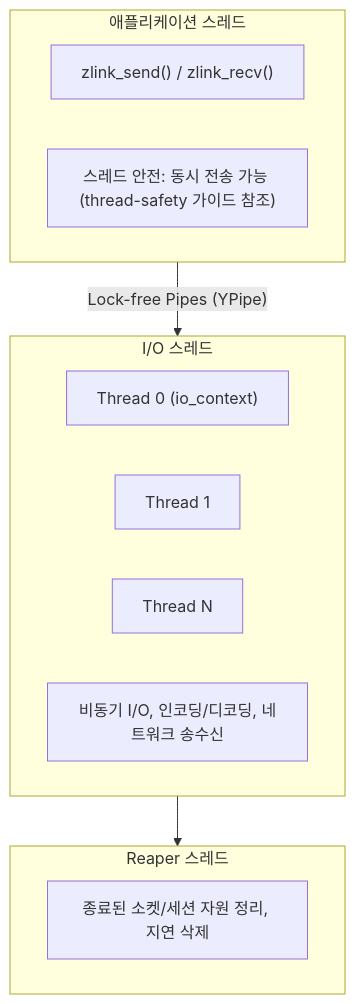
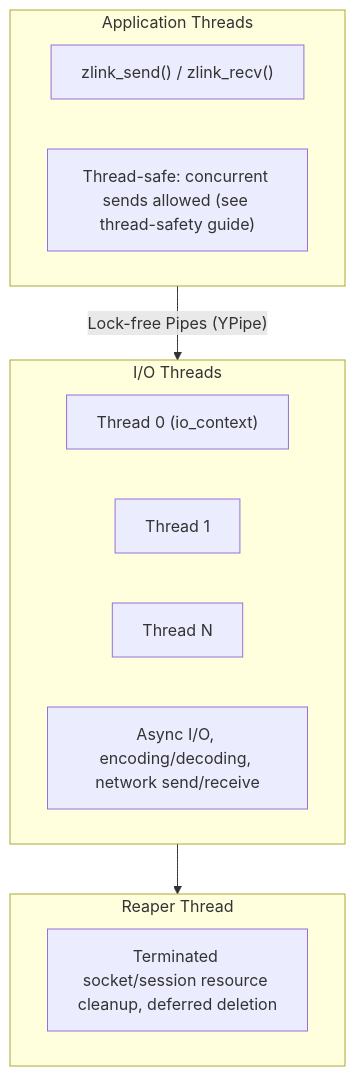
One commit to kairos-code-dev/zlink changed the first of 2 diagrams in doc/internals/threading-model.ko.md. Above: the diagram before and after it, drawn with Mermaid. The commit also changed other lines of this file and 53 other files, not shown here.

````diff
--- a/doc/internals/threading-model.ko.md
+++ b/doc/internals/threading-model.ko.md
@@ -16,20 +16,20 @@
 ```mermaid
 flowchart TB
-    subgraph APP["애플리케이션 스레드"]
+    subgraph APP["Application Threads"]
         direction LR
         A1["zlink_send() / zlink_recv()"]
-        A2["스레드 안전: 동시 전송 가능 (thread-safety 가이드 참조)"]
+        A2["Thread-safe: concurrent sends allowed (see thread-safety guide)"]
     end
-    subgraph IO["I/O 스레드"]
+    subgraph IO["I/O Threads"]
         direction LR
         T0["Thread 0 (io_context)"]
         T1["Thread 1"]
         TN["Thread N"]
-        IO_DESC["비동기 I/O, 인코딩/디코딩, 네트워크 송수신"]
+        IO_DESC["Async I/O, encoding/decoding, network send/receive"]
     end
-    subgraph REAPER["Reaper 스레드"]
-        R1["종료된 소켓/세션 자원 정리, 지연 삭제"]
+    subgraph REAPER["Reaper Thread"]
+        R1["Terminated socket/session resource cleanup, deferred deletion"]
     end
     APP -- "Lock-free Pipes (YPipe)" --> IO
     IO --> REAPER
 ```
````
